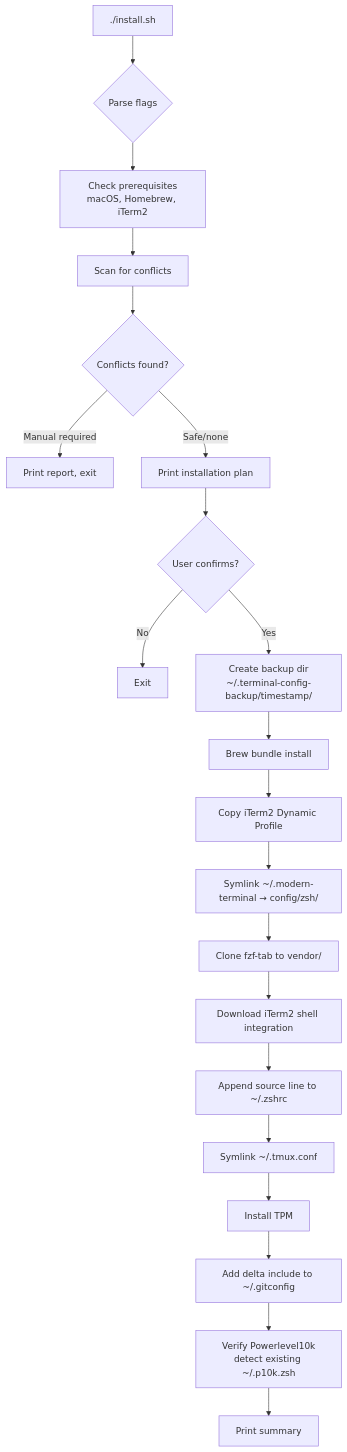
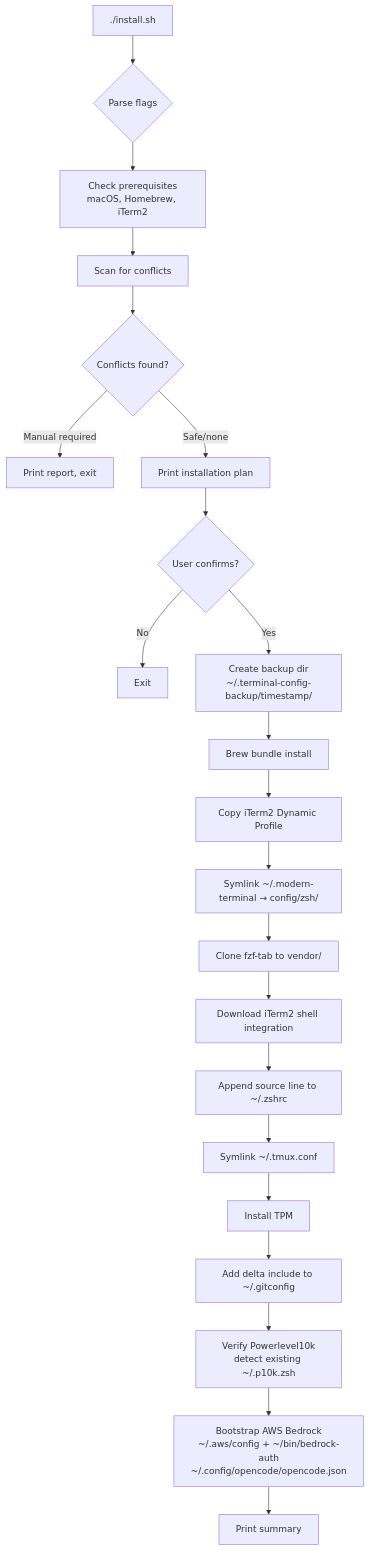
The first of 4 diagrams in docs/architecture.md (visaivis/iterm2), drawn with Mermaid before and after one commit. The commit also changed other lines of this file and 11 other files, not shown here.

First line of the commit message:
feat(bedrock): add AWS Bedrock as default OpenCode LLM provider

````diff
--- a/docs/architecture.md
+++ b/docs/architecture.md
@@ -12,23 +12,24 @@
 ```mermaid
 flowchart TD
     A[./install.sh] --> B{Parse flags}
     B --> C[Check prerequisites<br/>macOS, Homebrew, iTerm2]
     C --> D[Scan for conflicts]
     D --> E{Conflicts found?}
     E -->|Manual required| F[Print report, exit]
     E -->|Safe/none| G[Print installation plan]
     G --> H{User confirms?}
     H -->|No| I[Exit]
     H -->|Yes| J[Create backup dir<br/>~/.terminal-config-backup/timestamp/]
     J --> K[Brew bundle install]
     K --> L[Copy iTerm2 Dynamic Profile]
     L --> M[Symlink ~/.modern-terminal → config/zsh/]
     M --> N[Clone fzf-tab to vendor/]
     N --> O[Download iTerm2 shell integration]
     O --> P[Append source line to ~/.zshrc]
     P --> Q[Symlink ~/.tmux.conf]
     Q --> R[Install TPM]
     R --> S[Add delta include to ~/.gitconfig]
     S --> T[Verify Powerlevel10k<br/>detect existing ~/.p10k.zsh]
-    T --> U[Print summary]
+    T --> U[Bootstrap AWS Bedrock<br/>~/.aws/config + ~/bin/bedrock-auth<br/>~/.config/opencode/opencode.json]
+    U --> V[Print summary]
 ```
````
